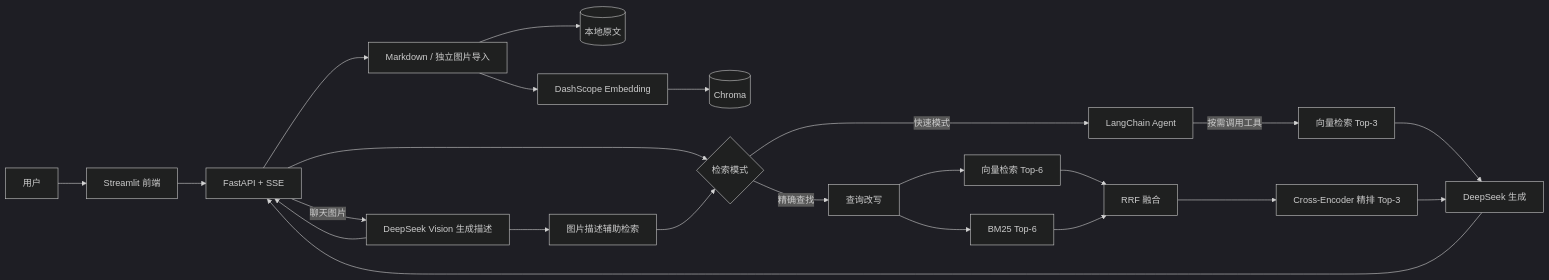
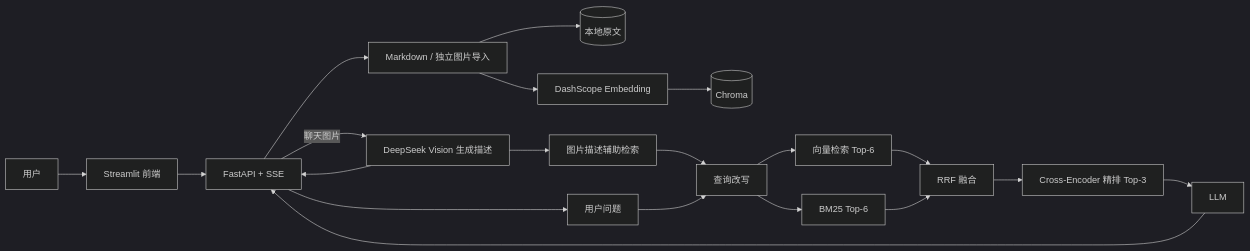
Before and after one commit to yuyuyuoo55/Personal_Notes_Review_Assistant: the first of 2 diagrams in README.md, drawn with Mermaid (dark theme). The commit also changed other lines of this file and 9 other files, not shown here.

````diff
--- a/README.md
+++ b/README.md
@@ -84,29 +81,25 @@
 ```mermaid
 flowchart LR
     U[用户] --> UI[Streamlit 前端]
     UI --> API[FastAPI + SSE]
 
     API --> INGEST[Markdown / 独立图片导入]
     INGEST --> FILES[(本地原文)]
     INGEST --> EMB[DashScope Embedding]
     EMB --> CHROMA[(Chroma)]
 
-    API --> MODE{检索模式}
+    API --> QUESTION[用户问题]
     API -->|聊天图片| VISION[DeepSeek Vision 生成描述]
     VISION --> HINT[图片描述辅助检索]
-    HINT --> MODE
-    MODE -->|快速模式| AGENT[LangChain Agent]
-    AGENT -->|按需调用工具| VECTOR[向量检索 Top-3]
-
-    MODE -->|精确查找| REWRITE[查询改写]
+    HINT --> REWRITE[查询改写]
+    QUESTION --> REWRITE
     REWRITE --> DENSE[向量检索 Top-6]
     REWRITE --> BM25[BM25 Top-6]
     DENSE --> RRF[RRF 融合]
     BM25 --> RRF
     RRF --> RERANK[Cross-Encoder 精排 Top-3]
 
-    VECTOR --> LLM[DeepSeek 生成]
     RERANK --> LLM
     VISION --> API
     LLM --> API
 ```
````
